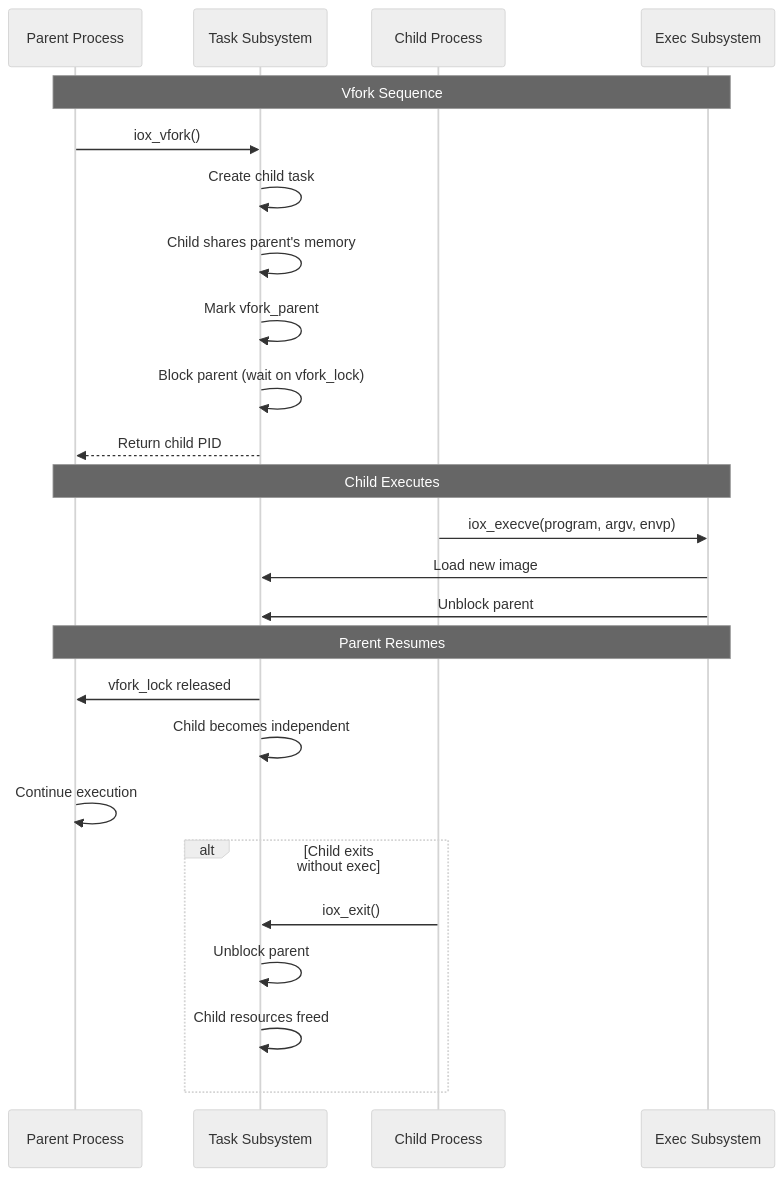
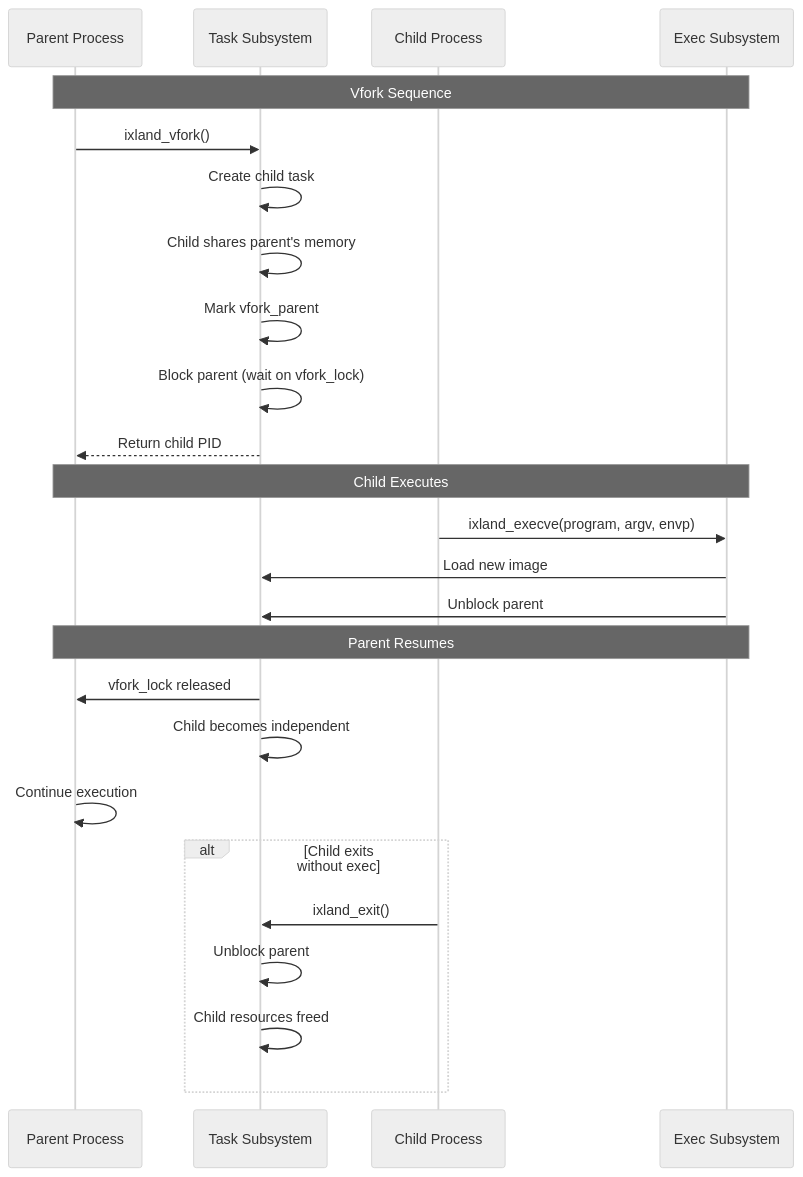
Before and after one commit to rudironsoni/ixland: the seventh of 15 diagrams in docs/ARCHITECTURE_POST_MISSION.md, drawn with Mermaid (neutral theme). The commit also changed other lines of this file and 268 other files, not shown here.

Commit message:
refactor(naming): migrate remaining iox identifiers to ixland

````diff
--- a/docs/ARCHITECTURE_POST_MISSION.md
+++ b/docs/ARCHITECTURE_POST_MISSION.md
@@ -333,35 +333,35 @@
 ```mermaid
 sequenceDiagram
     participant Parent as Parent Process
     participant Task as Task Subsystem
     participant Child as Child Process
     participant Exec as Exec Subsystem
 
     Note over Parent,Exec: Vfork Sequence
 
-    Parent->>Task: iox_vfork()
+    Parent->>Task: ixland_vfork()
     Task->>Task: Create child task
     Task->>Task: Child shares parent's memory
     Task->>Task: Mark vfork_parent
     Task->>Task: Block parent (wait on vfork_lock)
 
     Task-->>Parent: Return child PID
 
     Note over Parent,Exec: Child Executes
 
-    Child->>Exec: iox_execve(program, argv, envp)
+    Child->>Exec: ixland_execve(program, argv, envp)
     Exec->>Task: Load new image
     Exec->>Task: Unblock parent
 
     Note over Parent,Exec: Parent Resumes
 
     Task->>Parent: vfork_lock released
     Task->>Task: Child becomes independent
     Parent->>Parent: Continue execution
 
     alt Child exits without exec
-        Child->>Task: iox_exit()
+        Child->>Task: ixland_exit()
         Task->>Task: Unblock parent
         Task->>Task: Child resources freed
     end
 ```
````
